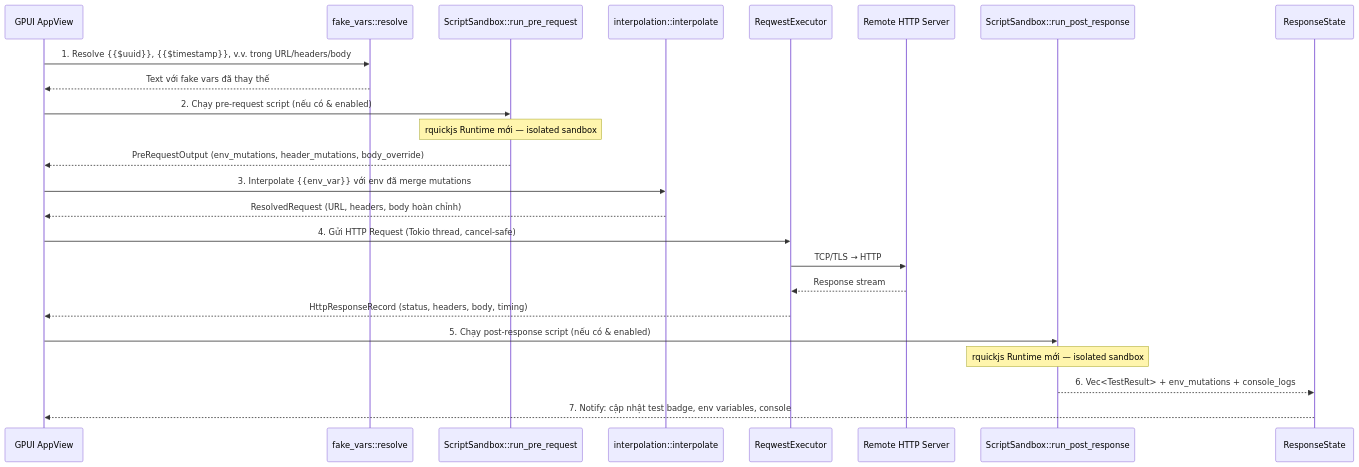
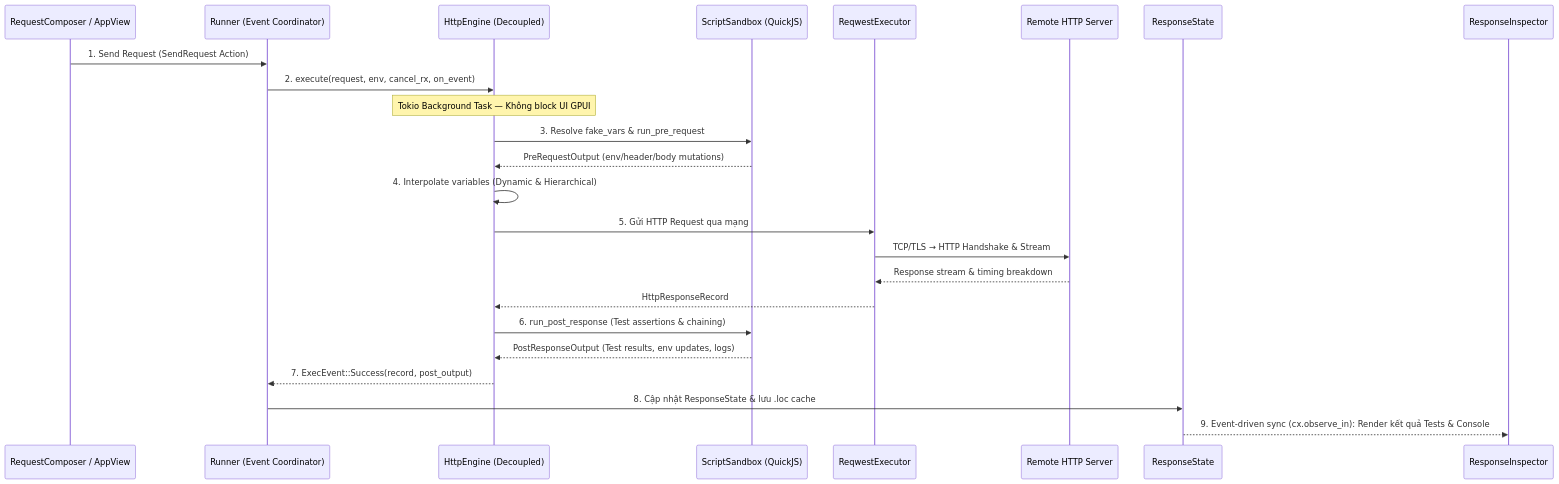
Before and after one commit to dungmv/rest-client: the diagram in docs/specs/02-scripting-and-testing-engine.md, drawn with Mermaid. The commit also changed other lines of this file and 6 other files, not shown here.

Commit message:
docs(specs): update specifications and architecture diagrams to reflect SL-001 refactoring

````diff
--- a/docs/specs/02-scripting-and-testing-engine.md
+++ b/docs/specs/02-scripting-and-testing-engine.md
@@ -337,27 +339,27 @@
 ```mermaid
 sequenceDiagram
-    participant UI as GPUI AppView
-    participant FV as fake_vars::resolve
-    participant Pre as ScriptSandbox::run_pre_request
-    participant Interp as interpolation::interpolate
+    participant UI as RequestComposer / AppView
+    participant Runner as Runner (Event Coordinator)
+    participant Engine as HttpEngine (Decoupled)
+    participant Sandbox as ScriptSandbox (QuickJS)
     participant Exec as ReqwestExecutor
     participant Server as Remote HTTP Server
-    participant Post as ScriptSandbox::run_post_response
     participant RS as ResponseState
+    participant RI as ResponseInspector
 
-    UI->>FV: 1. Resolve {{$uuid}}, {{$timestamp}}, v.v. trong URL/headers/body
-    FV-->>UI: Text với fake vars đã thay thế
-    UI->>Pre: 2. Chạy pre-request script (nếu có & enabled)
-    Note over Pre: rquickjs Runtime mới — isolated sandbox
-    Pre-->>UI: PreRequestOutput (env_mutations, header_mutations, body_override)
-    UI->>Interp: 3. Interpolate {{env_var}} với env đã merge mutations
-    Interp-->>UI: ResolvedRequest (URL, headers, body hoàn chỉnh)
-    UI->>Exec: 4. Gửi HTTP Request (Tokio thread, cancel-safe)
-    Exec->>Server: TCP/TLS → HTTP
-    Server-->>Exec: Response stream
-    Exec-->>UI: HttpResponseRecord (status, headers, body, timing)
-    UI->>Post: 5. Chạy post-response script (nếu có & enabled)
-    Note over Post: rquickjs Runtime mới — isolated sandbox
-    Post-->>RS: 6. Vec<TestResult> + env_mutations + console_logs
-    RS-->>UI: 7. Notify: cập nhật test badge, env variables, console
+    UI->>Runner: 1. Send Request (SendRequest Action)
+    Runner->>Engine: 2. execute(request, env, cancel_rx, on_event)
+    Note over Engine: Tokio Background Task — Không block UI GPUI
+    Engine->>Sandbox: 3. Resolve fake_vars & run_pre_request
+    Sandbox-->>Engine: PreRequestOutput (env/header/body mutations)
+    Engine->>Engine: 4. Interpolate variables (Dynamic & Hierarchical)
+    Engine->>Exec: 5. Gửi HTTP Request qua mạng
+    Exec->>Server: TCP/TLS → HTTP Handshake & Stream
+    Server-->>Exec: Response stream & timing breakdown
+    Exec-->>Engine: HttpResponseRecord
+    Engine->>Sandbox: 6. run_post_response (Test assertions & chaining)
+    Sandbox-->>Engine: PostResponseOutput (Test results, env updates, logs)
+    Engine-->>Runner: 7. ExecEvent::Success(record, post_output)
+    Runner->>RS: 8. Cập nhật ResponseState & lưu .loc cache
+    RS-->>RI: 9. Event-driven sync (cx.observe_in): Render kết quả Tests & Console
 ```
````
